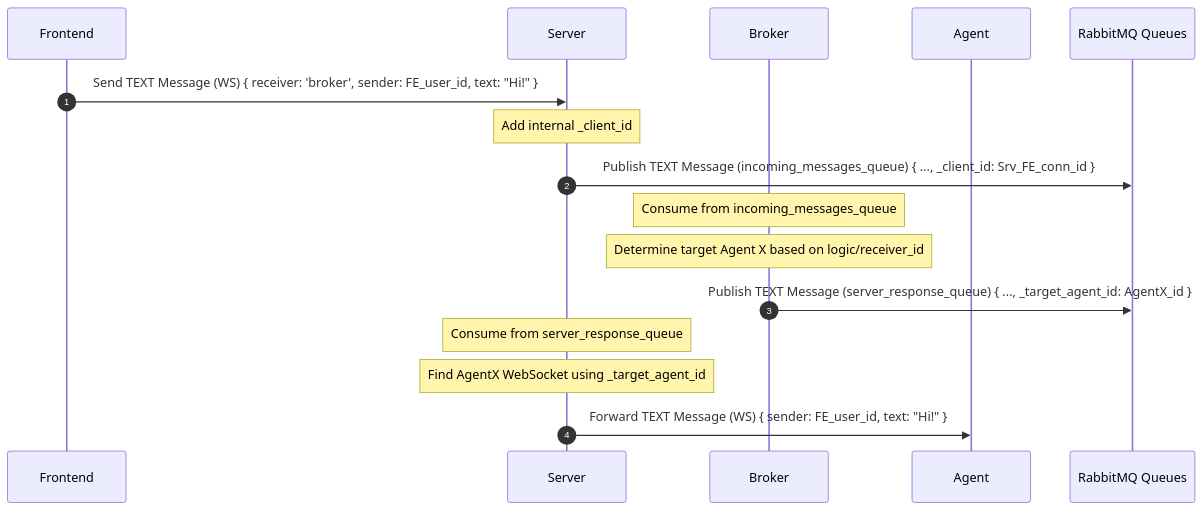
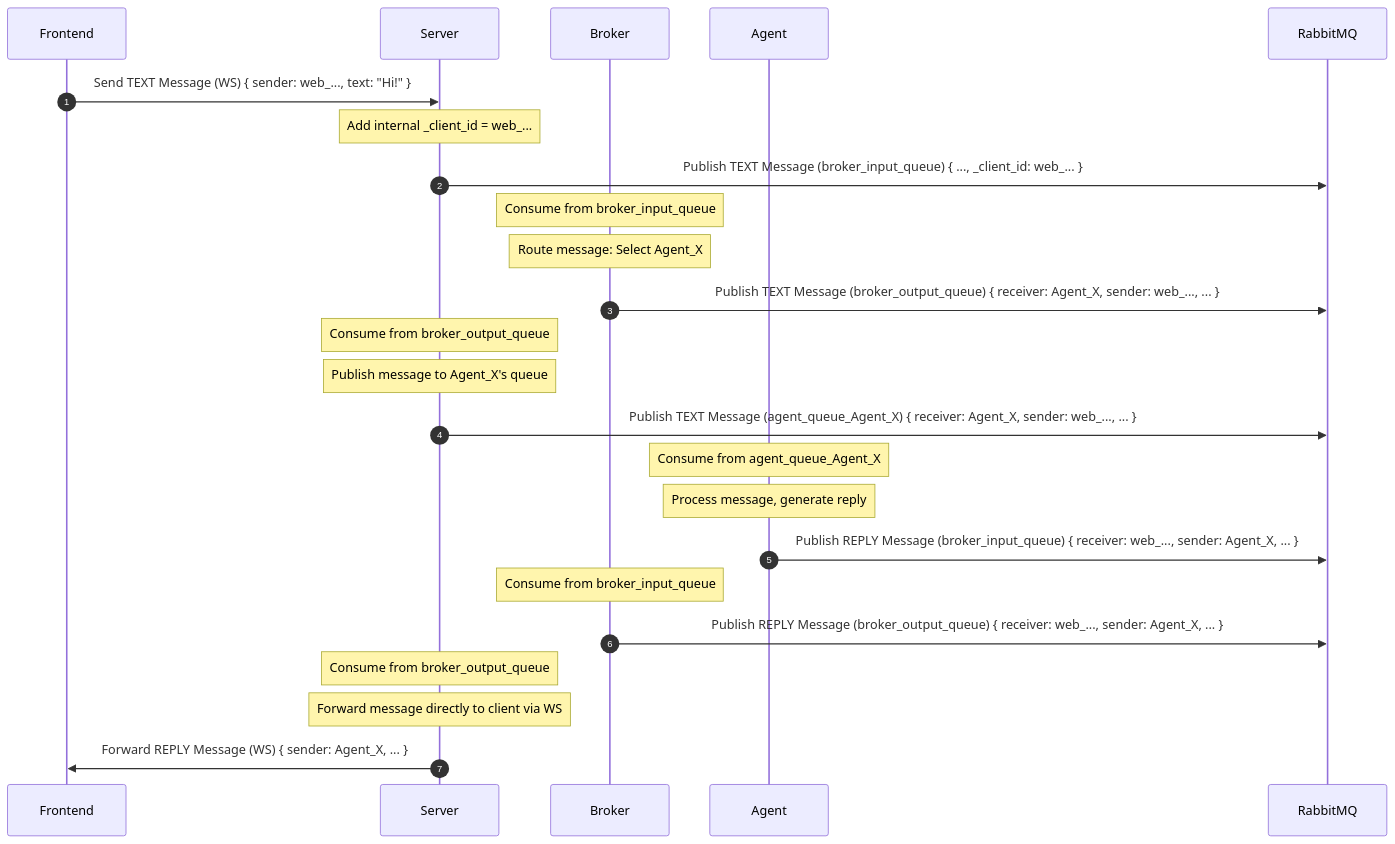
One commit to jt-f/community changed the second of 4 diagrams in server/README.md. Above: the diagram before and after it, drawn with Mermaid. The commit also changed other lines of this file and 5 other files, not shown here.

````diff
--- a/server/README.md
+++ b/server/README.md
@@ -72,19 +124,28 @@
 ```mermaid
 sequenceDiagram
     autonumber
     participant Frontend as Frontend
     participant Srv as Server
     participant Broker as Broker
     participant Agent as Agent
-    participant RMQ as RabbitMQ Queues
+    participant RMQ as RabbitMQ
 
-    Frontend->>Srv: Send TEXT Message (WS) { receiver: 'broker', sender: FE_user_id, text: "Hi!" }
-    Note over Srv: Add internal _client_id
-    Srv->>RMQ: Publish TEXT Message (incoming_messages_queue) { ..., _client_id: Srv_FE_conn_id }
-    Note over Broker: Consume from incoming_messages_queue
-    Note over Broker: Determine target Agent X based on logic/receiver_id
-    Broker->>RMQ: Publish TEXT Message (server_response_queue) { ..., _target_agent_id: AgentX_id }
-    Note over Srv: Consume from server_response_queue
-    Note over Srv: Find AgentX WebSocket using _target_agent_id
-    Srv->>Agent: Forward TEXT Message (WS) { sender: FE_user_id, text: "Hi!" }
+    Frontend->>Srv: Send TEXT Message (WS) { sender: web_..., text: "Hi!" }
+    Note over Srv: Add internal _client_id = web_...
+    Srv->>RMQ: Publish TEXT Message (broker_input_queue) { ..., _client_id: web_... }
+    Note over Broker: Consume from broker_input_queue
+    Note over Broker: Route message: Select Agent_X
+    Broker->>RMQ: Publish TEXT Message (broker_output_queue) { receiver: Agent_X, sender: web_..., ... }
+    Note over Srv: Consume from broker_output_queue
+    Note over Srv: Publish message to Agent_X's queue
+    Srv->>RMQ: Publish TEXT Message (agent_queue_Agent_X) { receiver: Agent_X, sender: web_..., ... }
+    Note over Agent: Consume from agent_queue_Agent_X
+    Note over Agent: Process message, generate reply
+    Agent->>RMQ: Publish REPLY Message (broker_input_queue) { receiver: web_..., sender: Agent_X, ... }
+    Note over Broker: Consume from broker_input_queue
+    Broker->>RMQ: Publish REPLY Message (broker_output_queue) { receiver: web_..., sender: Agent_X, ... }
+    Note over Srv: Consume from broker_output_queue
+    Note over Srv: Forward message directly to client via WS
+    Srv->>Frontend: Forward REPLY Message (WS) { sender: Agent_X, ... }
+
 ```
````
